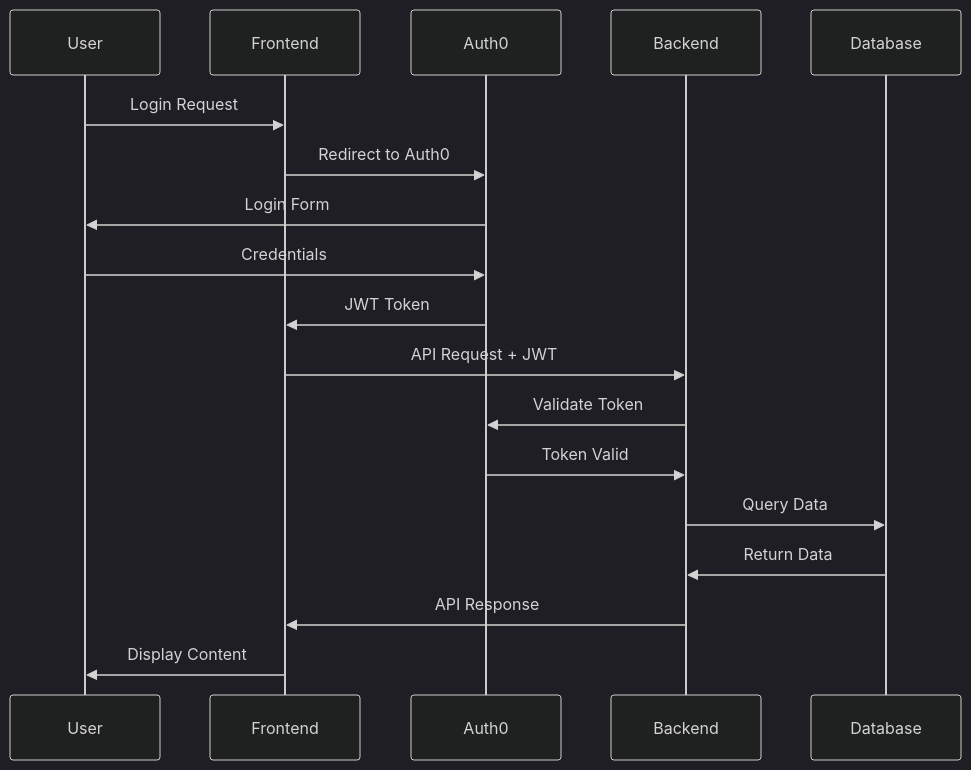
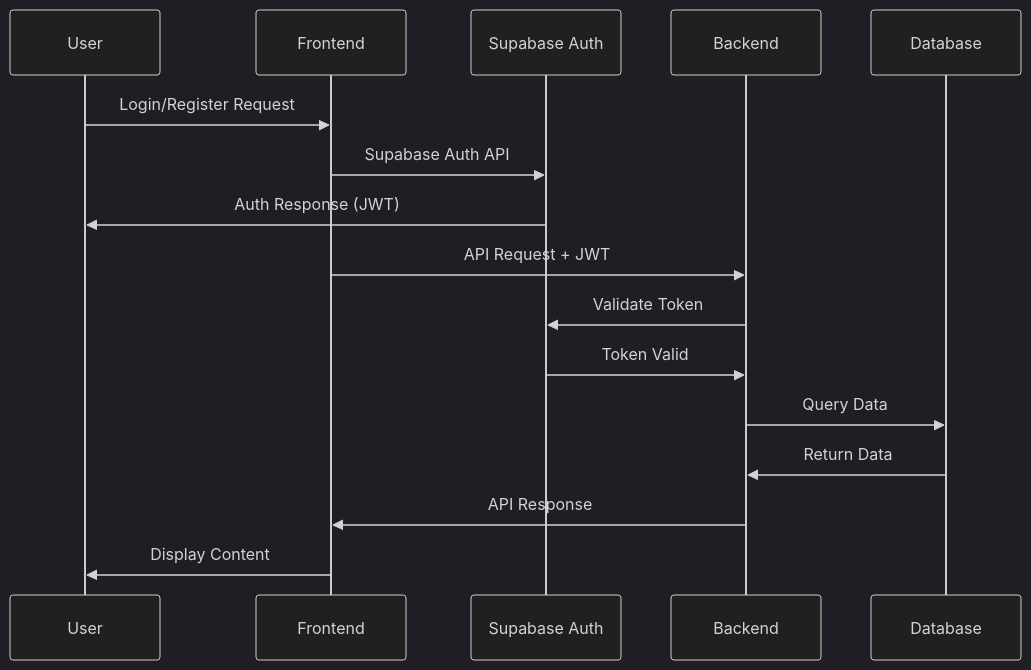
The third of 4 diagrams in backend/tests/docs/architecture.md (ars1mm/spotify-project), drawn with Mermaid (dark theme) before and after one commit. The commit also changed other lines of this file and 1 other file, not shown here.

Commit message:
Update README and architecture documentation to reflect Supabase Auth integration and remove Auth0 references

````diff
--- a/backend/tests/docs/architecture.md
+++ b/backend/tests/docs/architecture.md
@@ -98,21 +95,19 @@
 ```mermaid
 sequenceDiagram
     participant U as User
     participant F as Frontend
-    participant A as Auth0
+    participant S as Supabase Auth
     participant B as Backend
     participant D as Database
 
-    U->>F: Login Request
-    F->>A: Redirect to Auth0
-    A->>U: Login Form
-    U->>A: Credentials
-    A->>F: JWT Token
+    U->>F: Login/Register Request
+    F->>S: Supabase Auth API
+    S->>U: Auth Response (JWT)
     F->>B: API Request + JWT
-    B->>A: Validate Token
-    A->>B: Token Valid
+    B->>S: Validate Token
+    S->>B: Token Valid
     B->>D: Query Data
     D->>B: Return Data
     B->>F: API Response
     F->>U: Display Content
 ```
````
